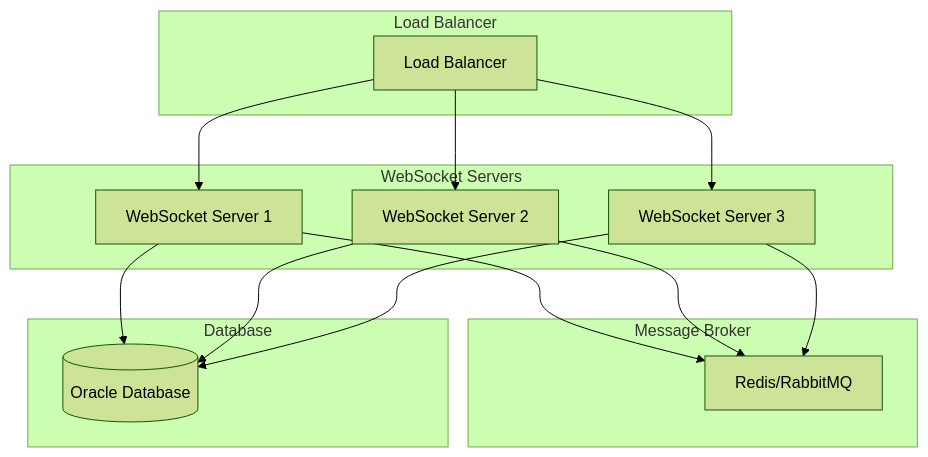
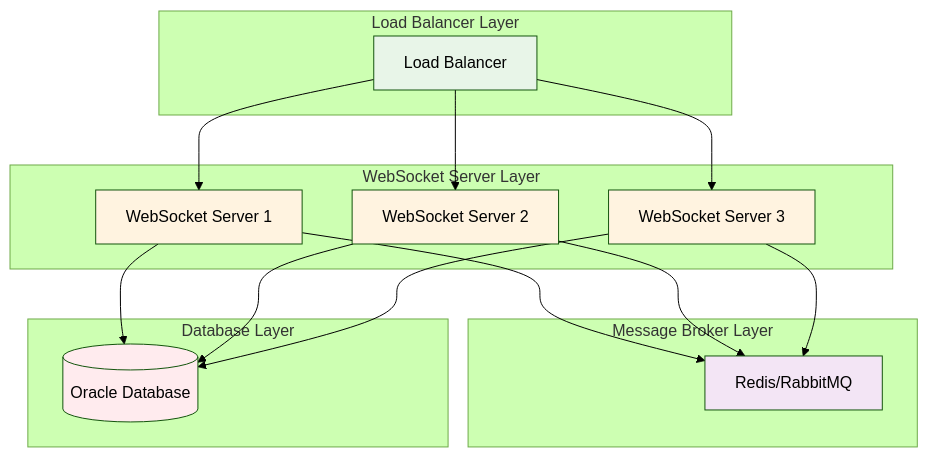
One commit to sang105kr/kdt_demo5 changed diagram 11 of 11 in docs/1-1-chat-system-documentation.md. Above: the diagram before and after it, drawn with Mermaid (forest theme). The commit also changed other lines of this file, not shown here.

````diff
--- a/docs/1-1-chat-system-documentation.md
+++ b/docs/1-1-chat-system-documentation.md
@@ -487,32 +500,39 @@
 ```mermaid
 graph TB
-    subgraph "Load Balancer"
+    subgraph "Load Balancer Layer"
         LB[Load Balancer]
     end
     
-    subgraph "WebSocket Servers"
+    subgraph "WebSocket Server Layer"
         WS1[WebSocket Server 1]
         WS2[WebSocket Server 2]
         WS3[WebSocket Server 3]
     end
     
-    subgraph "Message Broker"
+    subgraph "Message Broker Layer"
         MB[Redis/RabbitMQ]
     end
     
-    subgraph "Database"
+    subgraph "Database Layer"
         DB[(Oracle Database)]
     end
     
     LB --> WS1
     LB --> WS2
     LB --> WS3
     
     WS1 --> MB
     WS2 --> MB
     WS3 --> MB
     
     WS1 --> DB
     WS2 --> DB
     WS3 --> DB
+    
+    style LB fill:#e8f5e8
+    style WS1 fill:#fff3e0
+    style WS2 fill:#fff3e0
+    style WS3 fill:#fff3e0
+    style MB fill:#f3e5f5
+    style DB fill:#ffebee
 ```
````
